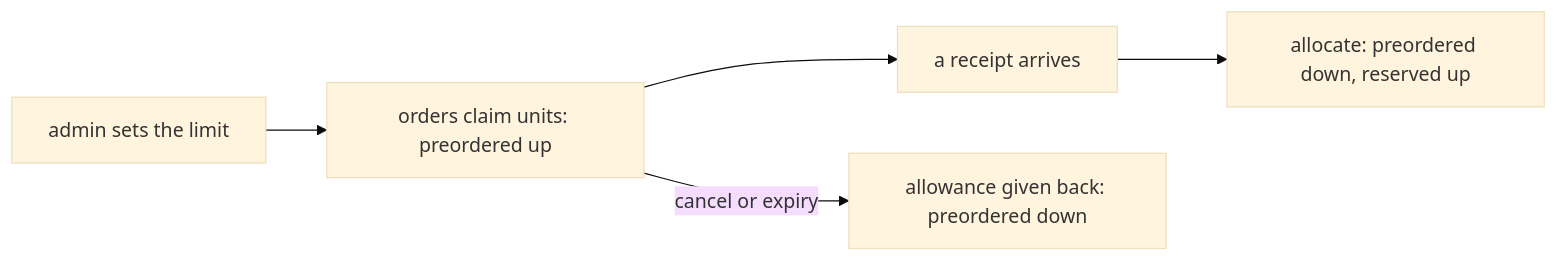
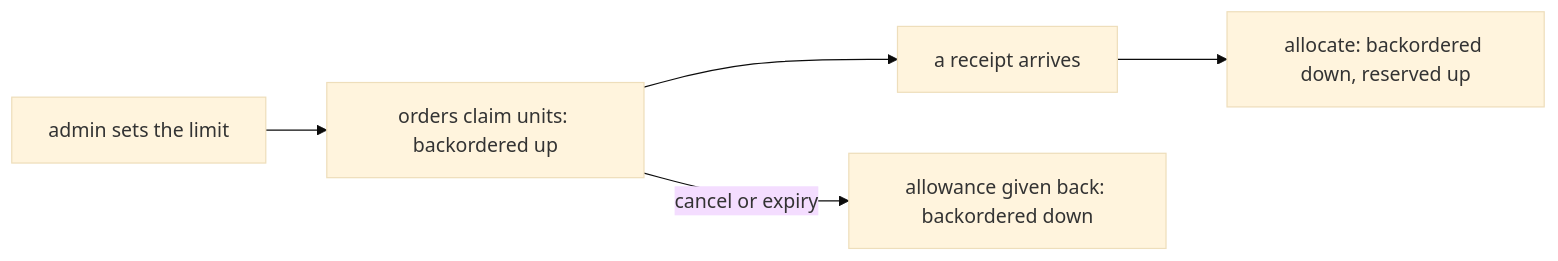
One commit to Guebbit/boilerplate-vue-frontend changed the second of 3 diagrams in docs/modules/inventory.md. Above: the diagram before and after it, drawn with Mermaid (base theme). The commit also changed other lines of this file and 55 other files, not shown here.

````diff
--- a/docs/modules/inventory.md
+++ b/docs/modules/inventory.md
@@ -76,7 +76,7 @@
 ```mermaid
 flowchart LR
-    A[admin sets the limit] --> B[orders claim units: preordered up]
+    A[admin sets the limit] --> B[orders claim units: backordered up]
     B --> C[a receipt arrives]
-    C --> D[allocate: preordered down, reserved up]
-    B -->|cancel or expiry| E[allowance given back: preordered down]
+    C --> D[allocate: backordered down, reserved up]
+    B -->|cancel or expiry| E[allowance given back: backordered down]
 ```
````
